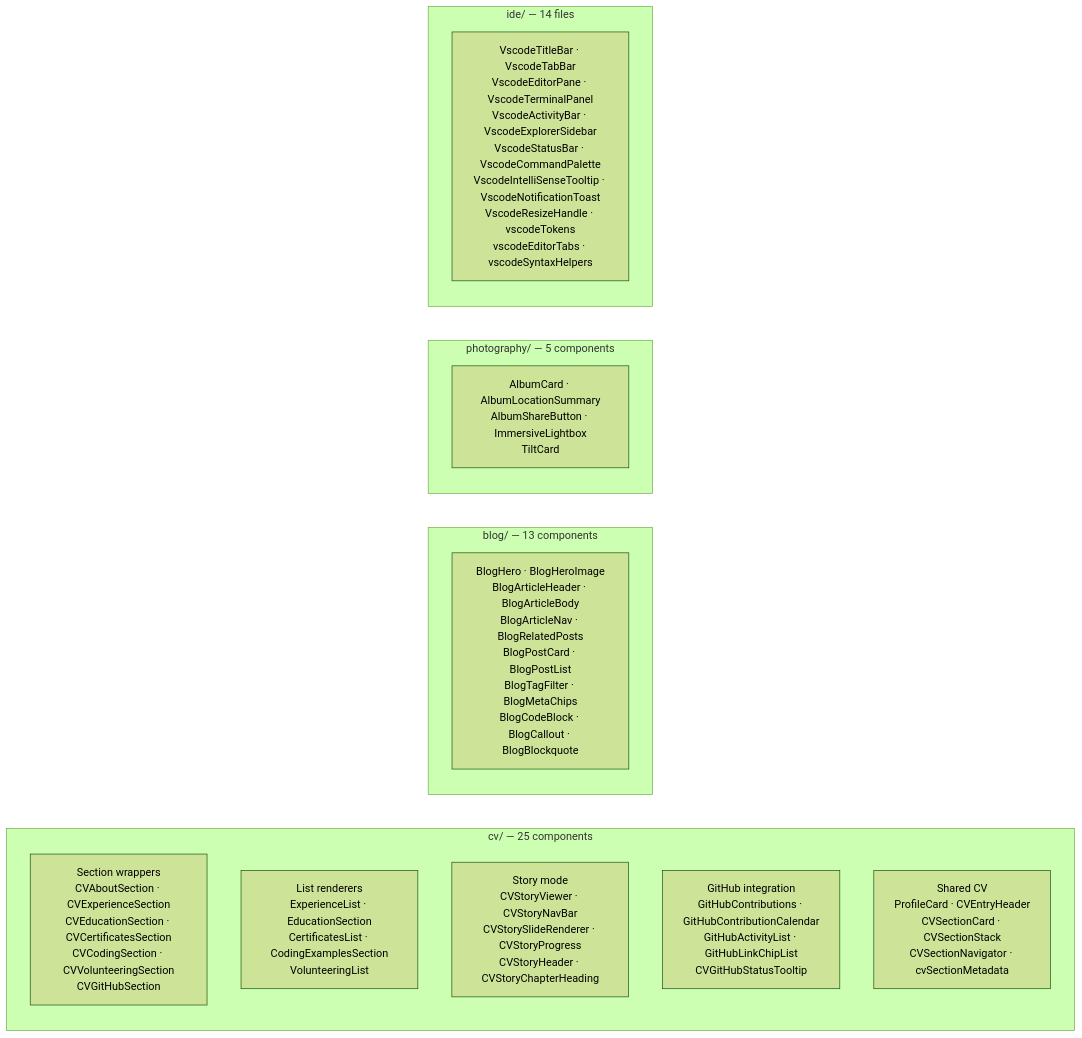
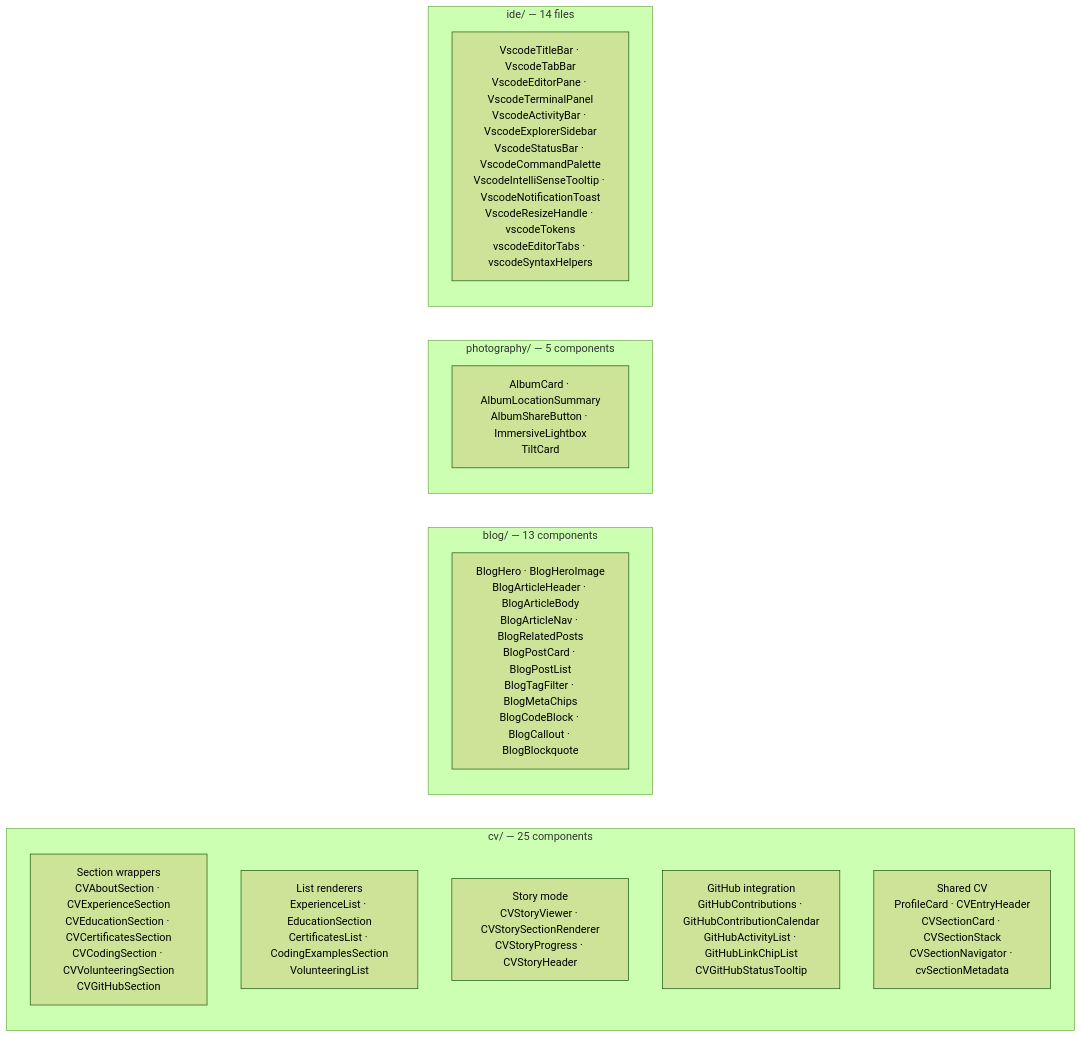
Before and after one commit to danphenderson/dev-danhenderson: the second of 4 diagrams in docs/frontend/component-architecture.md, drawn with Mermaid (forest theme). The commit also changed other lines of this file and 10 other files, not shown here.

````diff
--- a/docs/frontend/component-architecture.md
+++ b/docs/frontend/component-architecture.md
@@ -72,22 +72,22 @@
 ```mermaid
 flowchart LR
   subgraph cv["cv/ — 25 components"]
     Sections["Section wrappers<br/>CVAboutSection · CVExperienceSection<br/>CVEducationSection · CVCertificatesSection<br/>CVCodingSection · CVVolunteeringSection<br/>CVGitHubSection"]
     Lists["List renderers<br/>ExperienceList · EducationSection<br/>CertificatesList · CodingExamplesSection<br/>VolunteeringList"]
-    Story["Story mode<br/>CVStoryViewer · CVStoryNavBar<br/>CVStorySlideRenderer · CVStoryProgress<br/>CVStoryHeader · CVStoryChapterHeading"]
+    Story["Story mode<br/>CVStoryViewer · CVStorySectionRenderer<br/>CVStoryProgress · CVStoryHeader"]
     GitHub["GitHub integration<br/>GitHubContributions · GitHubContributionCalendar<br/>GitHubActivityList · GitHubLinkChipList<br/>CVGitHubStatusTooltip"]
     Shared["Shared CV<br/>ProfileCard · CVEntryHeader<br/>CVSectionCard · CVSectionStack<br/>CVSectionNavigator · cvSectionMetadata"]
   end
 
   subgraph blog["blog/ — 13 components"]
     BlogParts["BlogHero · BlogHeroImage<br/>BlogArticleHeader · BlogArticleBody<br/>BlogArticleNav · BlogRelatedPosts<br/>BlogPostCard · BlogPostList<br/>BlogTagFilter · BlogMetaChips<br/>BlogCodeBlock · BlogCallout · BlogBlockquote"]
   end
 
   subgraph photo["photography/ — 5 components"]
     PhotoParts["AlbumCard · AlbumLocationSummary<br/>AlbumShareButton · ImmersiveLightbox<br/>TiltCard"]
   end
 
   subgraph ide["ide/ — 14 files"]
     IDEParts["VscodeTitleBar · VscodeTabBar<br/>VscodeEditorPane · VscodeTerminalPanel<br/>VscodeActivityBar · VscodeExplorerSidebar<br/>VscodeStatusBar · VscodeCommandPalette<br/>VscodeIntelliSenseTooltip · VscodeNotificationToast<br/>VscodeResizeHandle · vscodeTokens<br/>vscodeEditorTabs · vscodeSyntaxHelpers"]
   end
 ```
````
